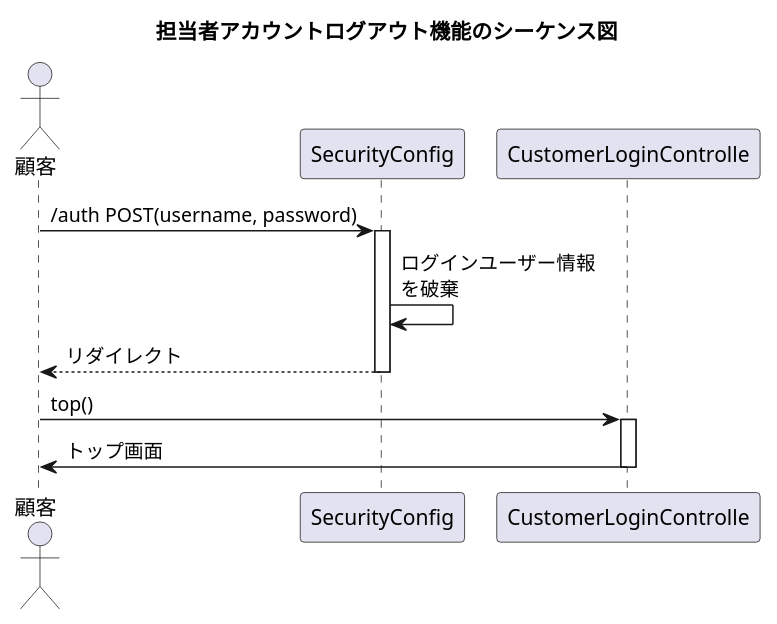
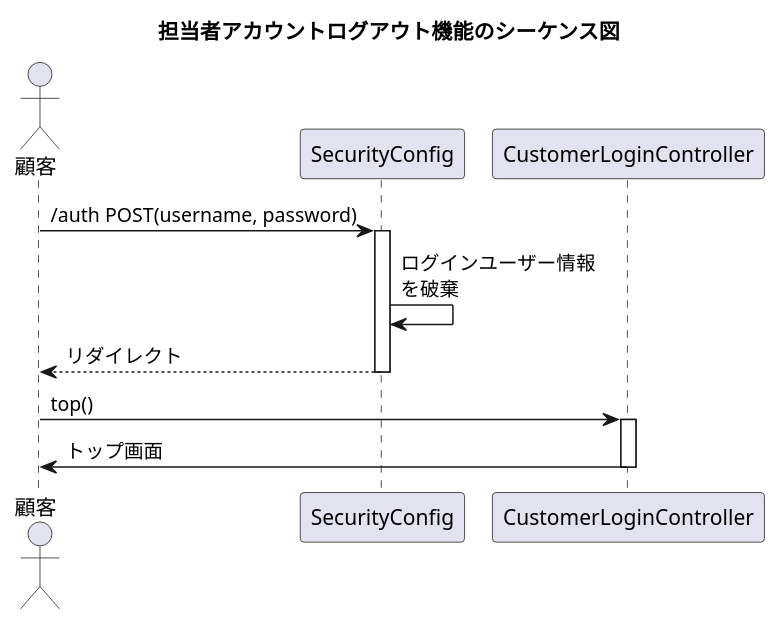
The diagram in plan/uml/sequence/2/uc008.plantuml (kanavii3333/ec-b), drawn with PlantUML before and after one commit. The commit also changed 8 other files, not shown here.

```diff
--- a/plan/uml/sequence/2/uc008.plantuml
+++ b/plan/uml/sequence/2/uc008.plantuml
@@ -1,14 +1,14 @@
 @startuml
 
 title 担当者アカウントログアウト機能のシーケンス図
 actor "顧客" as user
 participant "SecurityConfig" as config
-participant "CustomerLoginControlle" as controller
+participant "CustomerLoginController" as controller
 
 user -> config++:/auth POST(username, password)
 config -> config:ログインユーザー情報\nを破棄
 config --> user--:リダイレクト
 user -> controller++:top()
 controller -> user--:トップ画面
 
 @enduml
```
